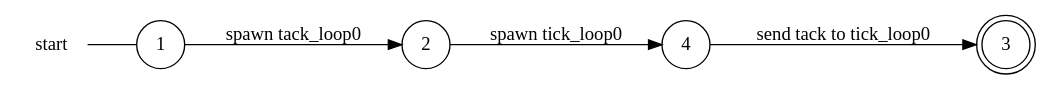
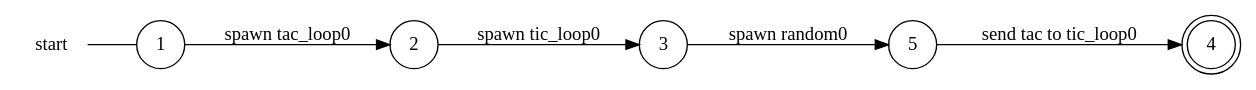
One commit to gabrielegenovese/chorer changed the diagram in example/ticktack/start_local_view.dot. Above: the diagram before and after it, drawn with Graphviz. The commit also changed 10 other files, not shown here.

```diff
--- a/example/ticktack/start_local_view.dot
+++ b/example/ticktack/start_local_view.dot
@@ -1,13 +1,15 @@
 digraph start {
 	rankdir="LR";
 	n_0 [label="start", shape="plaintext"];
-	n_1 [id="1", shape=circle, label="1"];
-	n_0 -> n_1 [arrowhead=none];
-	n_2 [id="2", shape=circle, label="2"];
-	n_3 [id="4", shape=circle, label="4"];
-	n_4 [id="3", shape=doublecircle, label="3"];
+	n_1 [id="5", shape=circle, label="5"];
+	n_2 [id="1", shape=circle, label="1"];
+	n_0 -> n_2 [arrowhead=none];
+	n_3 [id="2", shape=circle, label="2"];
+	n_4 [id="4", shape=doublecircle, label="4"];
+	n_5 [id="3", shape=circle, label="3"];
 
-	n_3 -> n_4 [id="[$e|1]", label="send tack to tick_loop0"];
-	n_2 -> n_3 [id="[$e|0]", label="spawn tick_loop0"];
-	n_1 -> n_2 [id="[$e|2]", label="spawn tack_loop0"];
+	n_2 -> n_3 [id="[$e|1]", label="spawn tac_loop0"];
+	n_5 -> n_1 [id="[$e|3]", label="spawn random0"];
+	n_1 -> n_4 [id="[$e|0]", label="send tac to tic_loop0"];
+	n_3 -> n_5 [id="[$e|2]", label="spawn tic_loop0"];
 }
```
